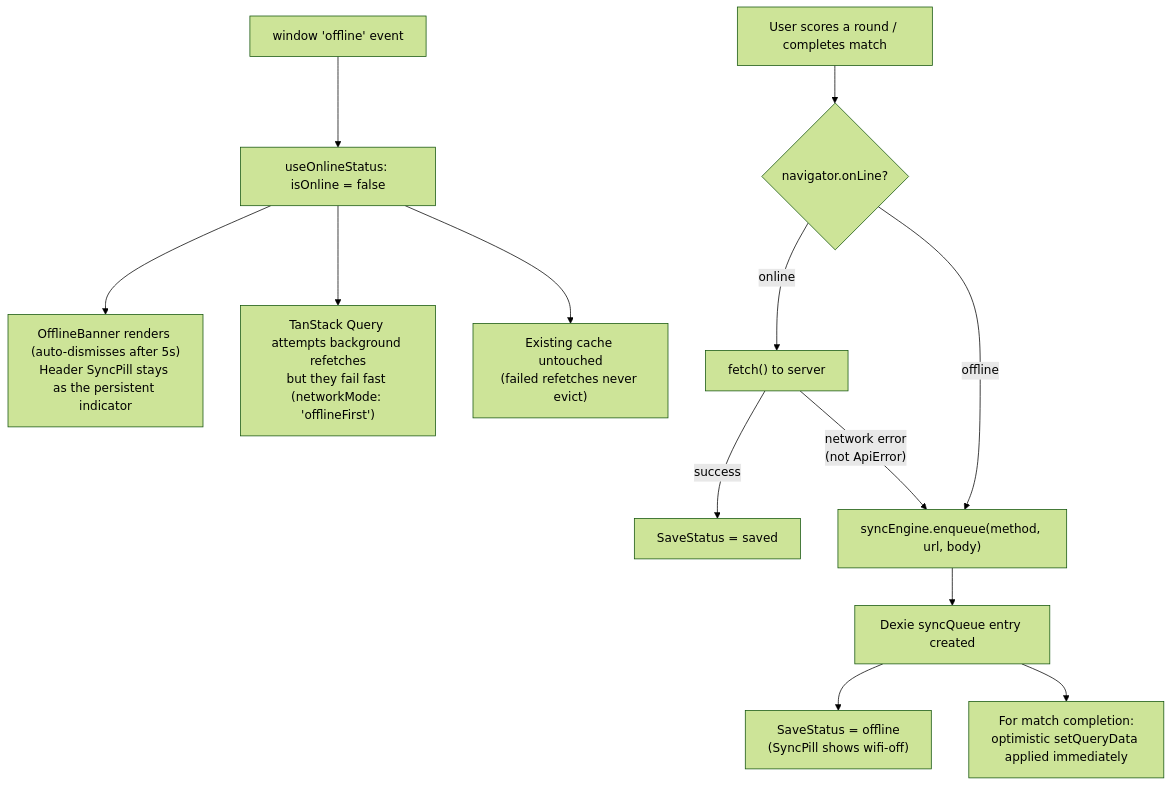
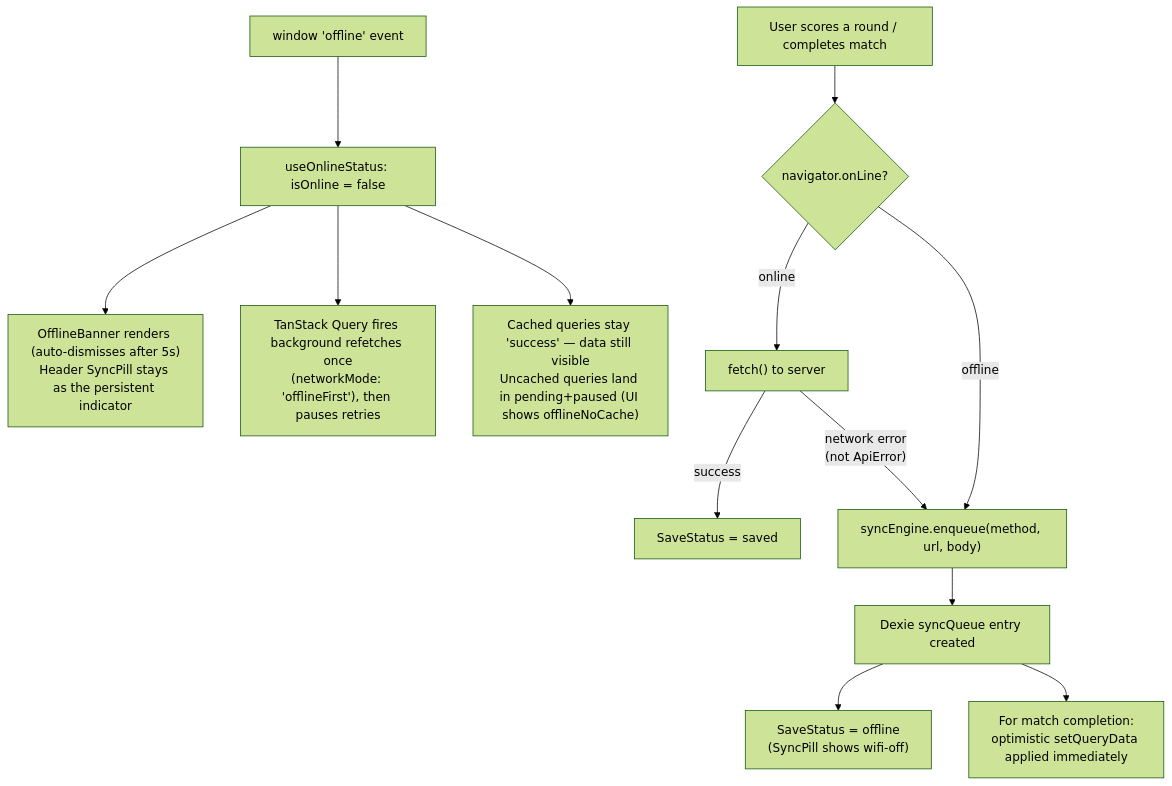
The first of 2 diagrams in docs/offline-architecture.md (jolelievre/on-board), drawn with Mermaid (forest theme) before and after one commit. The commit also changed other lines of this file and 1 other file, not shown here.

First line of the commit message:
fix(offline): restore cache with PersistQueryClientProvider

````diff
--- a/docs/offline-architecture.md
+++ b/docs/offline-architecture.md
@@ -87,16 +87,16 @@
 ```mermaid
 flowchart TD
     A["window 'offline' event"] --> B["useOnlineStatus: isOnline = false"]
     B --> C["OfflineBanner renders (auto-dismisses after 5s)\nHeader SyncPill stays as the persistent indicator"]
-    B --> D["TanStack Query attempts background refetches\nbut they fail fast (networkMode: 'offlineFirst')"]
-    B --> E["Existing cache untouched\n(failed refetches never evict)"]
+    B --> D["TanStack Query fires background refetches once\n(networkMode: 'offlineFirst'), then pauses retries"]
+    B --> E["Cached queries stay 'success' — data still visible\nUncached queries land in pending+paused (UI shows offlineNoCache)"]
 
     F["User scores a round / completes match"] --> G{"navigator.onLine?"}
     G -- online --> H["fetch() to server"]
     H -- success --> I["SaveStatus = saved"]
     H -- "network error\n(not ApiError)" --> J
     G -- offline --> J["syncEngine.enqueue(method, url, body)"]
     J --> K["Dexie syncQueue entry created"]
     K --> L["SaveStatus = offline\n(SyncPill shows wifi-off)"]
     K --> M["For match completion:\noptimistic setQueryData applied immediately"]
 ```
````
